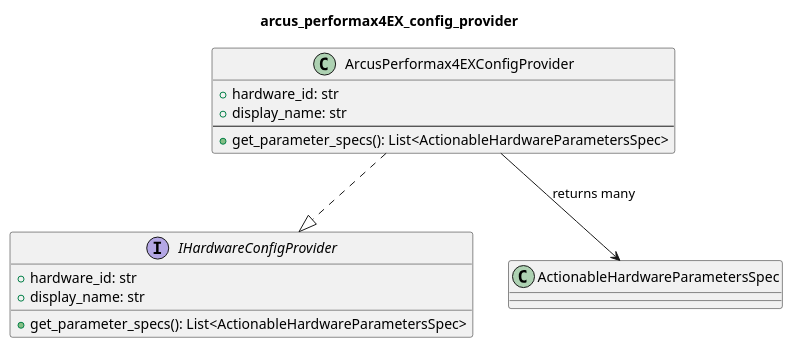
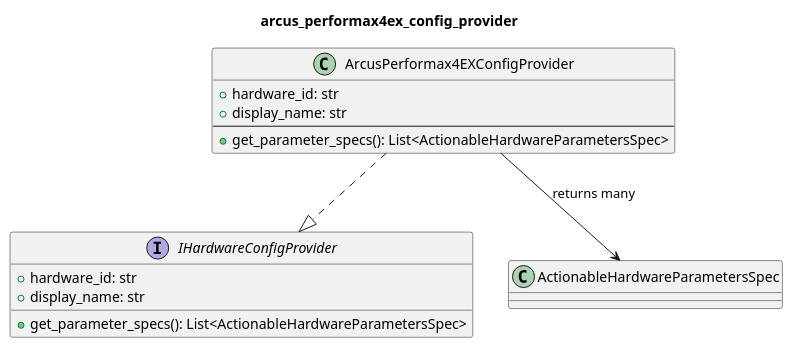
Before and after one commit to Luciosmic/AEFI_Acquisition: the diagram in src/infrastructure/hardware/arcus_performax_4ex/adapter_arcus_performax4ex_config_provider.puml, drawn with PlantUML. The commit also changed 44 other files, not shown here.

Commit message:
Suivre le renommage d'arcus_performax_4ex dans les imports, les chaînes de module et les liens — le paquet en snake_case doit rester importable et ses intentions doivent pointer vers leur code

```diff
--- a/src/infrastructure/hardware/arcus_performax_4ex/adapter_arcus_performax4ex_config_provider.puml
+++ b/src/infrastructure/hardware/arcus_performax_4ex/adapter_arcus_performax4ex_config_provider.puml
@@ -1,21 +1,21 @@
 @startuml
-title arcus_performax4EX_config_provider
+title arcus_performax4ex_config_provider
 
 interface IHardwareConfigProvider {
   +hardware_id: str
   +display_name: str
   +get_parameter_specs(): List<ActionableHardwareParametersSpec>
 }
 
 class ArcusPerformax4EXConfigProvider {
   +hardware_id: str
   +display_name: str
   --
   +get_parameter_specs(): List<ActionableHardwareParametersSpec>
 }
 
 class ActionableHardwareParametersSpec
 
 ArcusPerformax4EXConfigProvider ..|> IHardwareConfigProvider
 ArcusPerformax4EXConfigProvider --> ActionableHardwareParametersSpec : returns many
 @enduml
```
